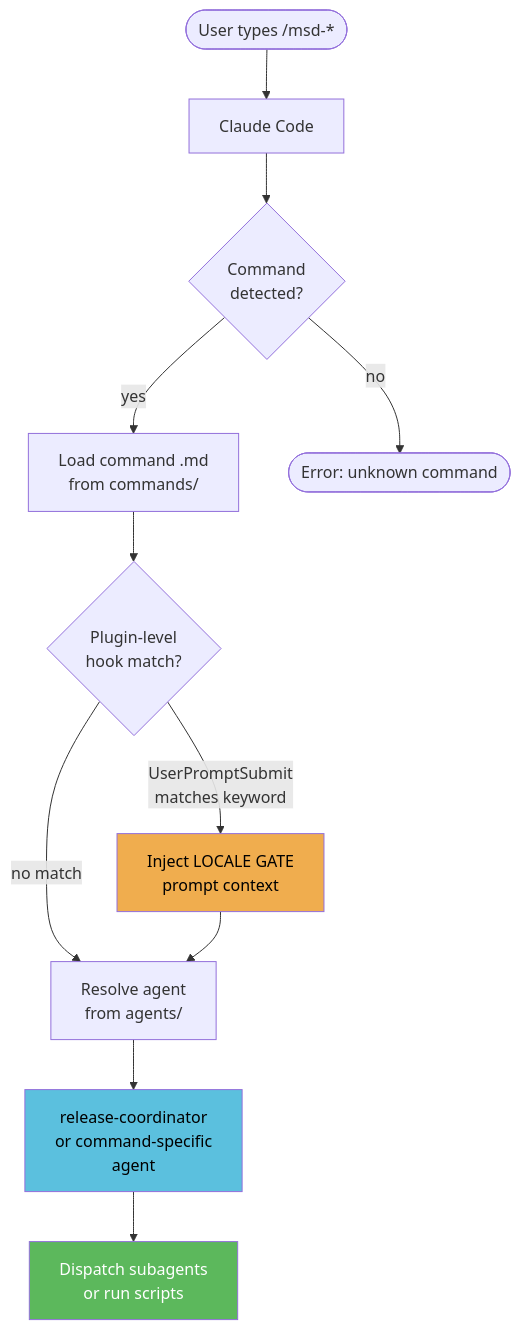
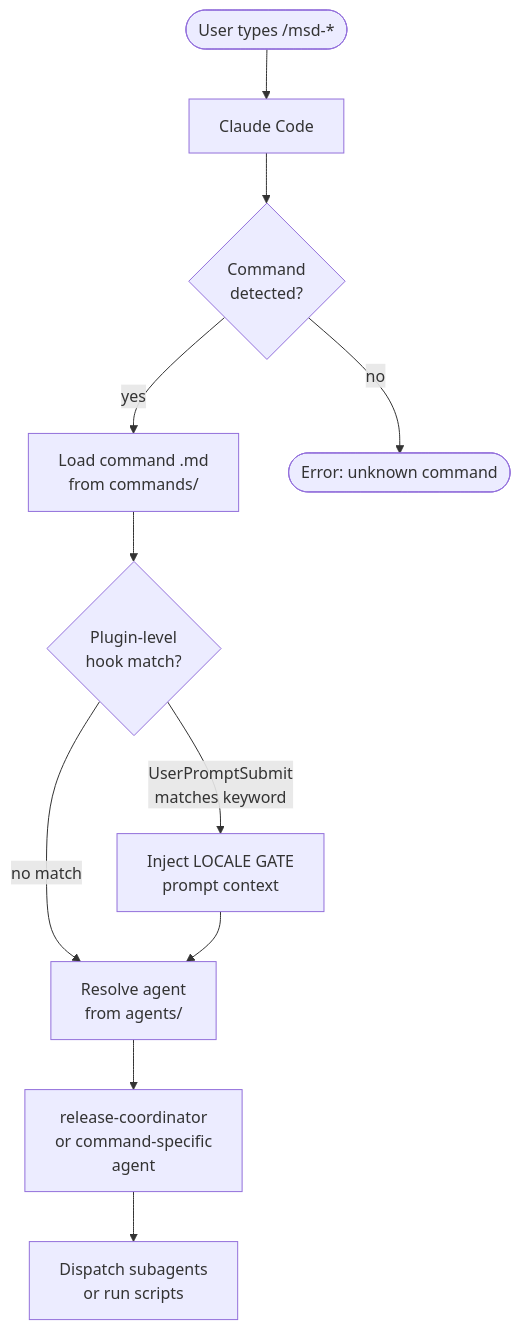
One commit to ofcskn/mobile-automation-plugin changed the first of 7 diagrams in docs/CONCURRENCY.md. Above: the diagram before and after it, drawn with Mermaid. The commit also changed other lines of this file and 1 other file, not shown here.

First line of the commit message:
fix: correct install command format and remove mermaid color fills

````diff
--- a/docs/CONCURRENCY.md
+++ b/docs/CONCURRENCY.md
@@ -41,17 +41,14 @@
 ```mermaid
 flowchart TD
     U([User types /msd-*]) --> CC[Claude Code]
     CC --> CD{Command\ndetected?}
     CD -- yes --> CM[Load command .md\nfrom commands/]
     CD -- no --> ERR([Error: unknown command])
     CM --> PL{Plugin-level\nhook match?}
     PL -- UserPromptSubmit\nmatches keyword --> HJ[Inject LOCALE GATE\nprompt context]
     PL -- no match --> AG
     HJ --> AG[Resolve agent\nfrom agents/]
     AG --> RC[release-coordinator\nor command-specific\nagent]
     RC --> DISP[Dispatch subagents\nor run scripts]
 
-    style HJ fill:#f0ad4e,color:#000
-    style RC fill:#5bc0de,color:#000
-    style DISP fill:#5cb85c,color:#fff
 ```
````
